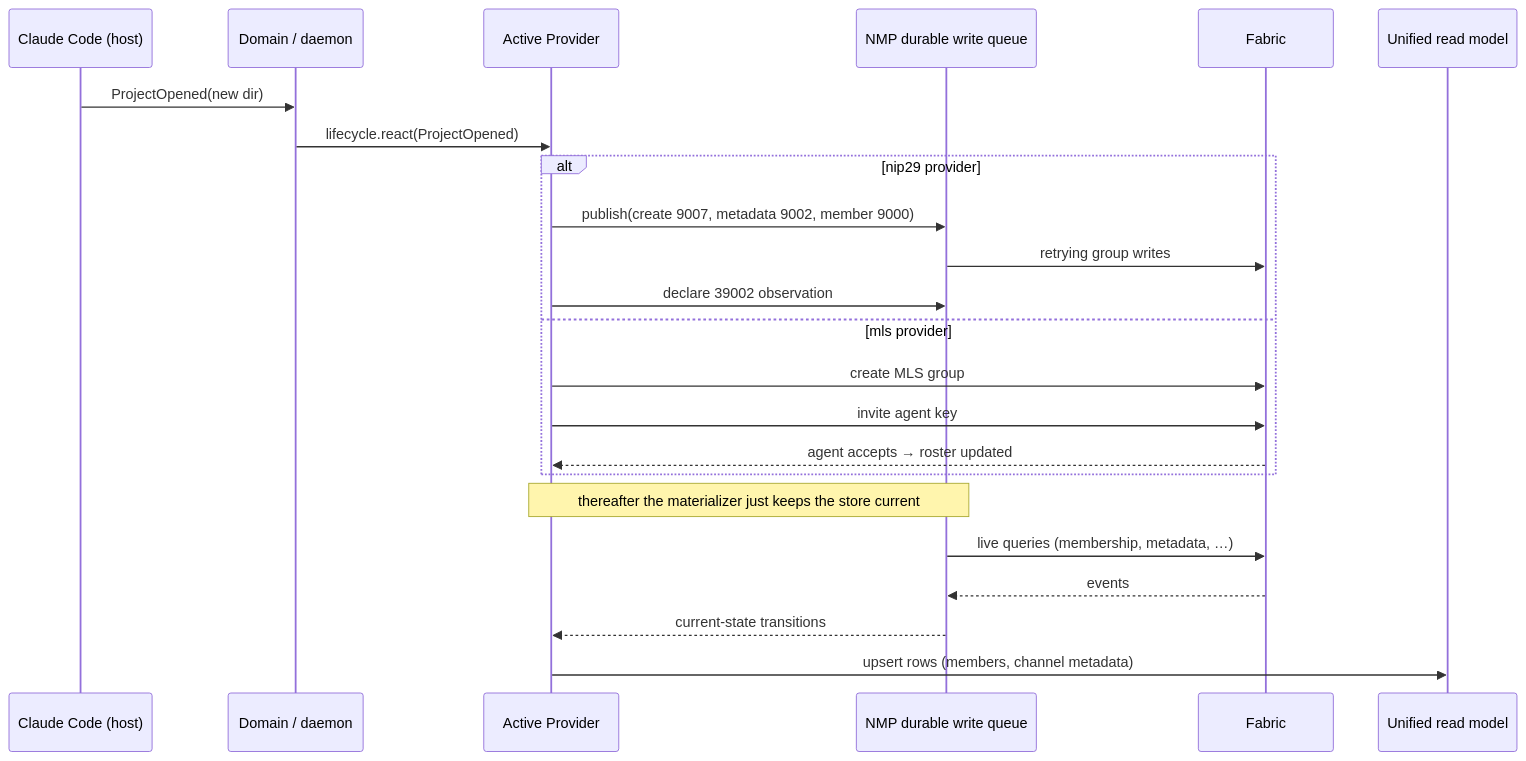
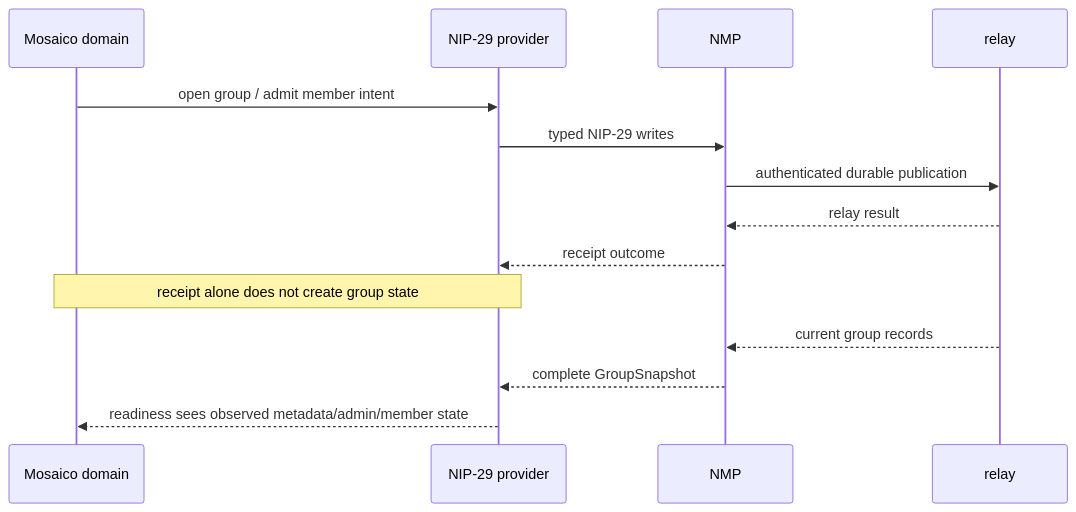
Before and after one commit to pablof7z/mosaico: the second of 3 diagrams in docs/fabric-architecture.md, drawn with Mermaid. The commit also changed other lines of this file and 321 other files, not shown here.

Commit message:
Make NMP the sole relay-state authority

````diff
--- a/docs/fabric-architecture.md
+++ b/docs/fabric-architecture.md
@@ -320,29 +205,17 @@
 ```mermaid
 sequenceDiagram
-    participant CC as Claude Code (host)
-    participant DOM as Domain / daemon
-    participant P as Active Provider
-    participant NMP as NMP durable write queue
-    participant FAB as Fabric
-    participant STORE as Unified read model
+    participant D as Mosaico domain
+    participant P as NIP-29 provider
+    participant N as NMP
+    participant R as relay
 
-    CC->>DOM: ProjectOpened(new dir)
-    DOM->>P: lifecycle.react(ProjectOpened)
-
-    alt nip29 provider
-        P->>NMP: publish(create 9007, metadata 9002, member 9000)
-        NMP->>FAB: retrying group writes
-        %% NMP observes 39002 members and keeps admission live
-        P->>NMP: declare 39002 observation
-    else mls provider
-        P->>FAB: create MLS group
-        P->>FAB: invite agent key
-        FAB-->>P: agent accepts → roster updated
-    end
-
-    Note over P,NMP: thereafter the materializer just keeps the store current
-    NMP->>FAB: live queries (membership, metadata, …)
-    FAB-->>NMP: events
-    NMP-->>P: current-state transitions
-    P->>STORE: upsert rows (members, channel metadata)
+    D->>P: open group / admit member intent
+    P->>N: typed NIP-29 writes
+    N->>R: authenticated durable publication
+    R-->>N: relay result
+    N-->>P: receipt outcome
+    Note over D,P: receipt alone does not create group state
+    R-->>N: current group records
+    N-->>P: complete GroupSnapshot
+    P-->>D: readiness sees observed metadata/admin/member state
 ```
````
